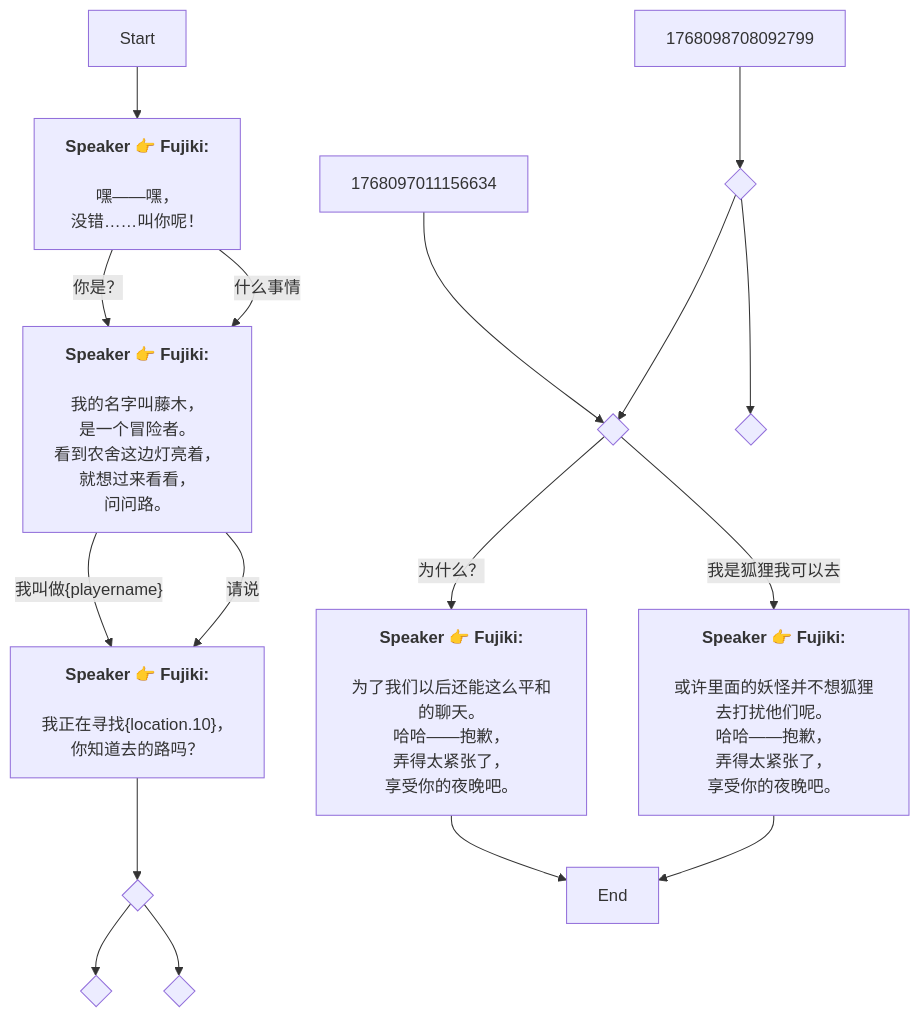
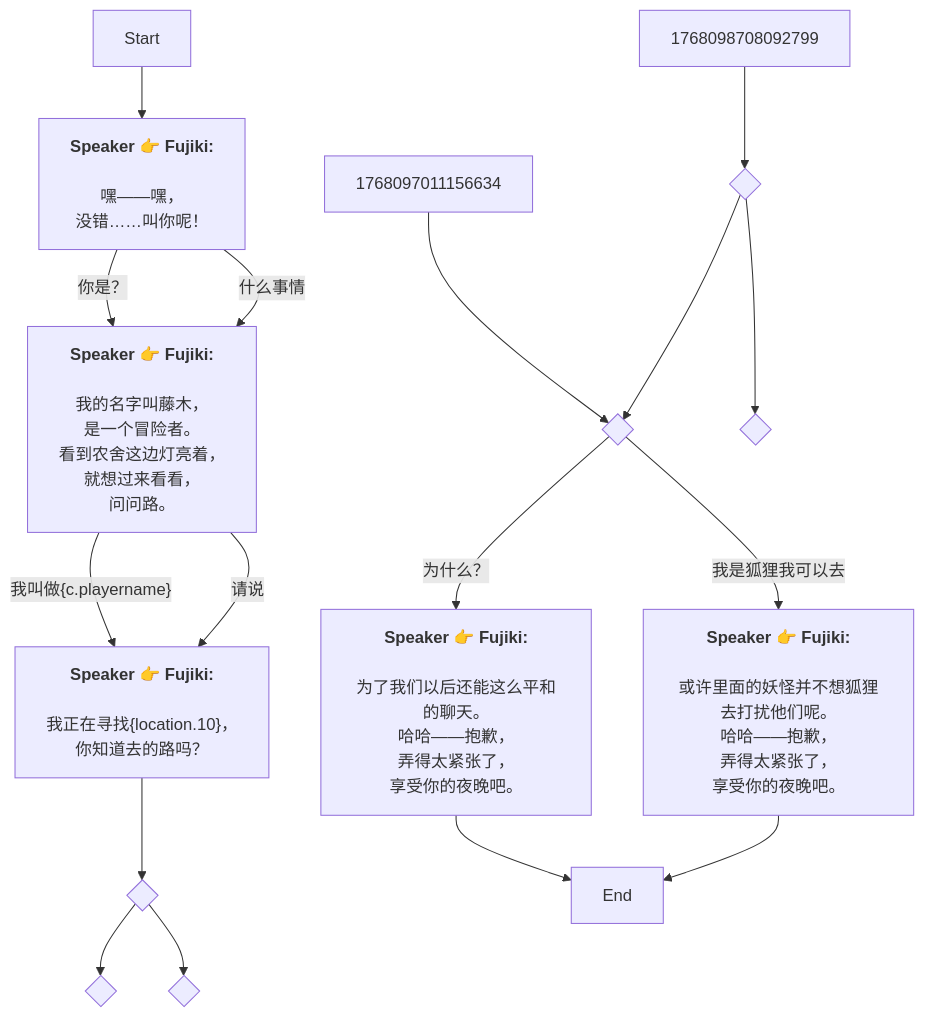
Before and after one commit to SoftHu/tos_avg: the diagram in Zh/QuestTalkObjectiveNode_1768086622206848.md, drawn with Mermaid. The commit also changed 410 other files, not shown here.

````diff
--- a/Zh/QuestTalkObjectiveNode_1768086622206848.md
+++ b/Zh/QuestTalkObjectiveNode_1768086622206848.md
@@ -1,40 +1,40 @@
 ```mermaid
 graph
 Start -->1768096637256321[<b>Speaker 👉 Fujiki:</b>
 \n嘿——嘿，
 没错……叫你呢！]
 1768096637256321 -->|你是？|1768096699678344[<b>Speaker 👉 Fujiki:</b>
 \n我的名字叫藤木，
 是一个冒险者。\n看到农舍这边灯亮着，
 就想过来看看，
 问问路。]
 1768096637256321 -->|什么事情|1768096699678344[<b>Speaker 👉 Fujiki:</b>
 \n我的名字叫藤木，
 是一个冒险者。\n看到农舍这边灯亮着，
 就想过来看看，
 问问路。]
-1768096699678344 -->|我叫做&lbrace;playername&rbrace;|1768096751167118[<b>Speaker 👉 Fujiki:</b>
+1768096699678344 -->|我叫做&lbrace;c.playername&rbrace;|1768096751167118[<b>Speaker 👉 Fujiki:</b>
 \n我正在寻找&lbrace;location.10&rbrace;，
 你知道去的路吗？]
 1768096699678344 -->|请说|1768096751167118[<b>Speaker 👉 Fujiki:</b>
 \n我正在寻找&lbrace;location.10&rbrace;，
 你知道去的路吗？]
 1768096751167118 -->1768096807608976{ }
 1768096807608976 -->1768096783748751{ }
 1768096807608976 -->1768097003165337{ }
 1768097011156634 -->442024252789158{ }
 1768099232604036 -->1768100975726470[End]
 1768099271465861 -->1768100975726470[End]
 1768098708092799 -->1768102595985288{ }
 1768102595985288 -->1768099210808191{ }
 1768102595985288 -->442024252789158{ }
 442024252789158 -->|为什么？|1768099232604036[<b>Speaker 👉 Fujiki:</b>
 \n为了我们以后还能这么平和的聊天。\n哈哈——抱歉，
 弄得太紧张了，
 享受你的夜晚吧。]
 442024252789158 -->|我是狐狸我可以去|1768099271465861[<b>Speaker 👉 Fujiki:</b>
 \n或许里面的妖怪并不想狐狸去打扰他们呢。\n哈哈——抱歉，
 弄得太紧张了，
 享受你的夜晚吧。]
 
 ```
````
